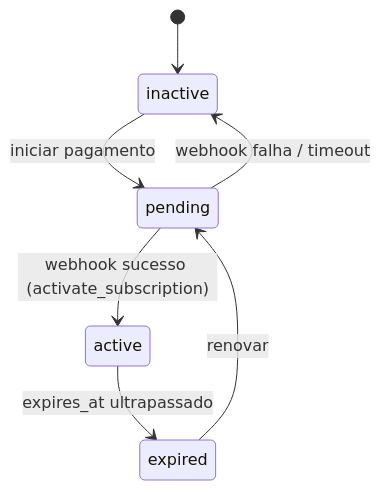
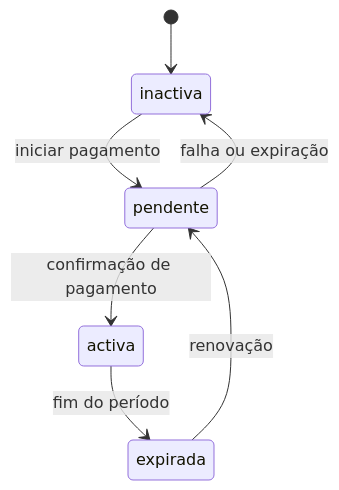
One commit to juniorclesionguni-source/zuri changed the fifth of 10 diagrams in docs/RELATORIO.md. Above: the diagram before and after it, drawn with Mermaid. The commit also changed other lines of this file and 8 other files, not shown here.

````diff
--- a/docs/RELATORIO.md
+++ b/docs/RELATORIO.md
@@ -285,9 +277,9 @@
 ```mermaid
 stateDiagram-v2
-  [*] --> inactive
-  inactive --> pending: iniciar pagamento
-  pending --> active: webhook sucesso (activate_subscription)
-  pending --> inactive: webhook falha / timeout
-  active --> expired: expires_at ultrapassado
-  expired --> pending: renovar
+  [*] --> inactiva
+  inactiva --> pendente: iniciar pagamento
+  pendente --> activa: confirmação de pagamento
+  pendente --> inactiva: falha ou expiração
+  activa --> expirada: fim do período
+  expirada --> pendente: renovação
 ```
````
